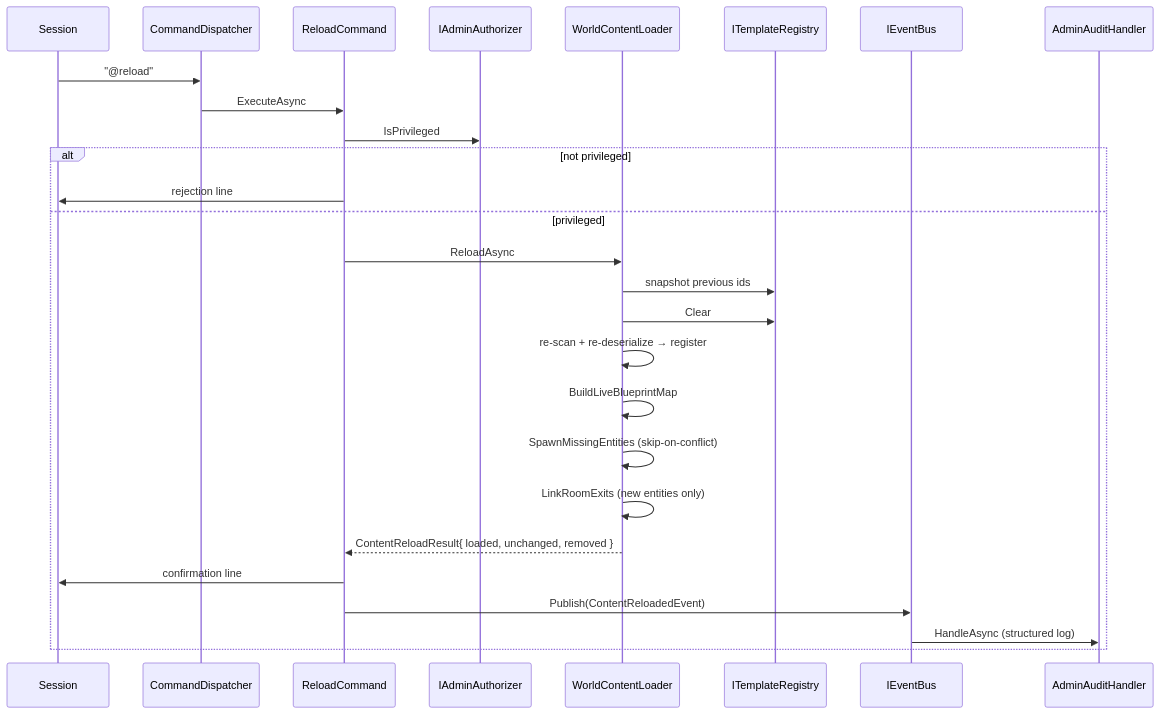
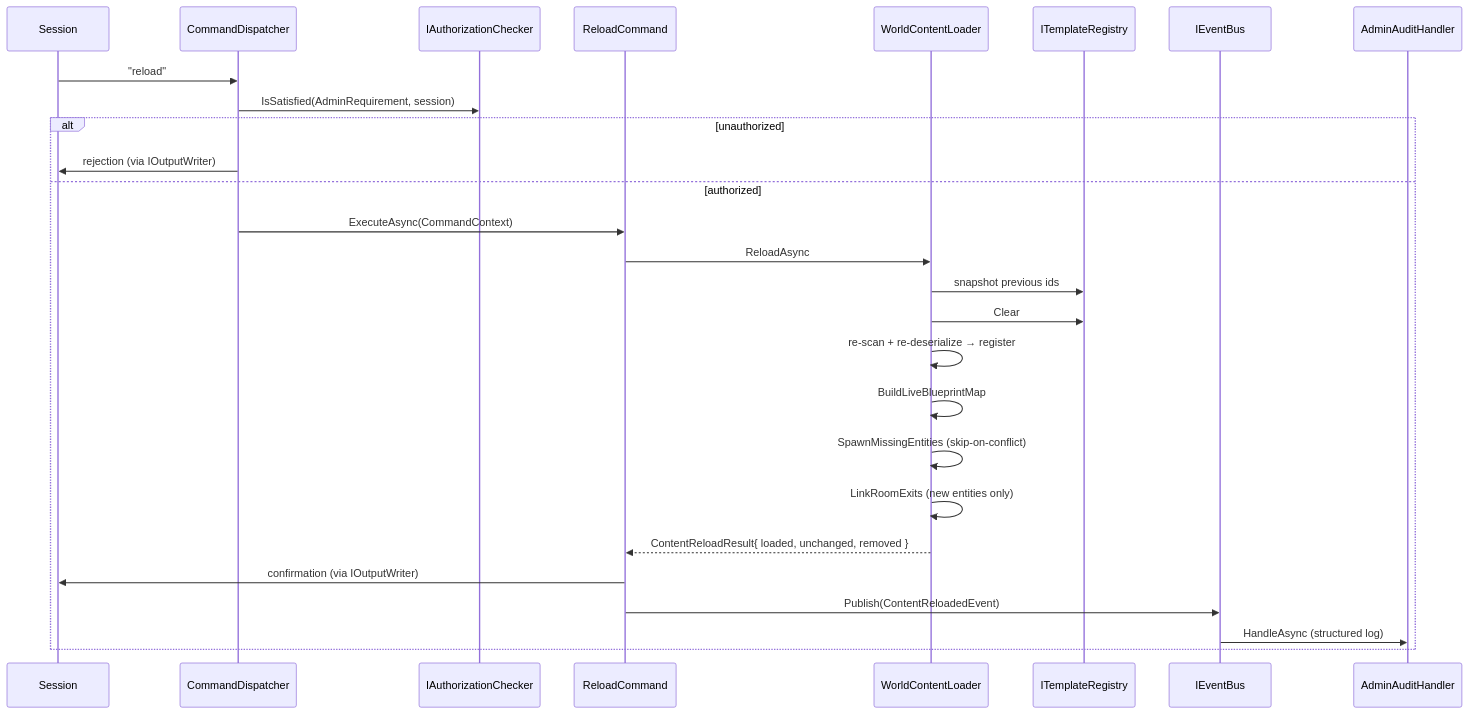
One commit to dmbyer/Hedron changed the fifth of 5 diagrams in docs/architecture/06-flows.md. Above: the diagram before and after it, drawn with Mermaid. The commit also changed other lines of this file and 49 other files, not shown here.

First line of the commit message:
Phase 3 slice 3: command framework (typed context, structural auth, declarative parsing, help) (#67)

````diff
--- a/docs/architecture/06-flows.md
+++ b/docs/architecture/06-flows.md
@@ -252,30 +254,30 @@
 ```mermaid
 sequenceDiagram
     participant Session
     participant CD as CommandDispatcher
+    participant Auth as IAuthorizationChecker
     participant RC as ReloadCommand
-    participant Auth as IAdminAuthorizer
     participant WCL as WorldContentLoader
     participant Reg as ITemplateRegistry
     participant Bus as IEventBus
     participant Audit as AdminAuditHandler
 
-    Session->>CD: "@reload"
-    CD->>RC: ExecuteAsync
-    RC->>Auth: IsPrivileged
-    alt not privileged
-        RC->>Session: rejection line
-    else privileged
+    Session->>CD: "reload"
+    CD->>Auth: IsSatisfied(AdminRequirement, session)
+    alt unauthorized
+        CD->>Session: rejection (via IOutputWriter)
+    else authorized
+        CD->>RC: ExecuteAsync(CommandContext)
         RC->>WCL: ReloadAsync
         WCL->>Reg: snapshot previous ids
         WCL->>Reg: Clear
         WCL->>WCL: re-scan + re-deserialize → register
         WCL->>WCL: BuildLiveBlueprintMap
         WCL->>WCL: SpawnMissingEntities (skip-on-conflict)
         WCL->>WCL: LinkRoomExits (new entities only)
         WCL-->>RC: ContentReloadResult{ loaded, unchanged, removed }
-        RC->>Session: confirmation line
+        RC->>Session: confirmation (via IOutputWriter)
         RC->>Bus: Publish(ContentReloadedEvent)
         Bus->>Audit: HandleAsync (structured log)
     end
 ```
````
